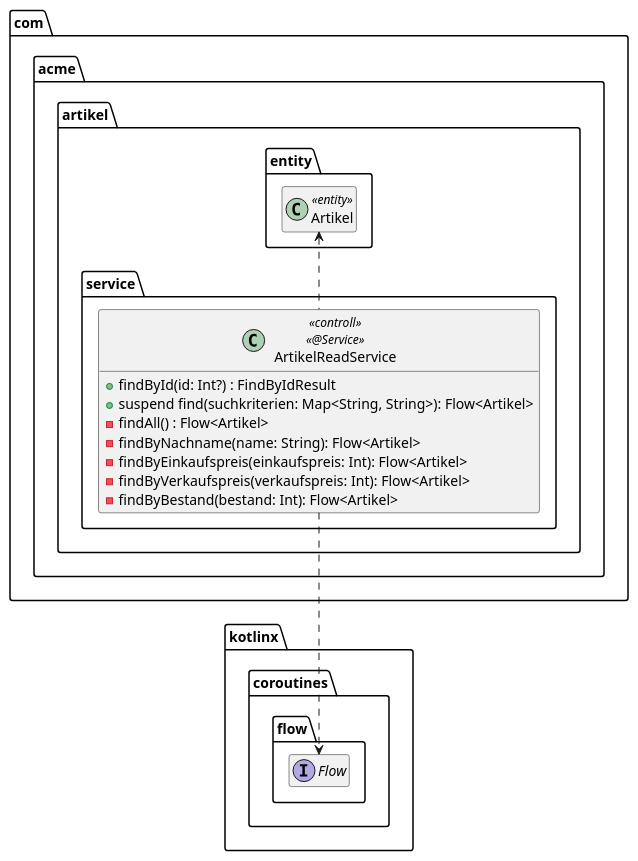
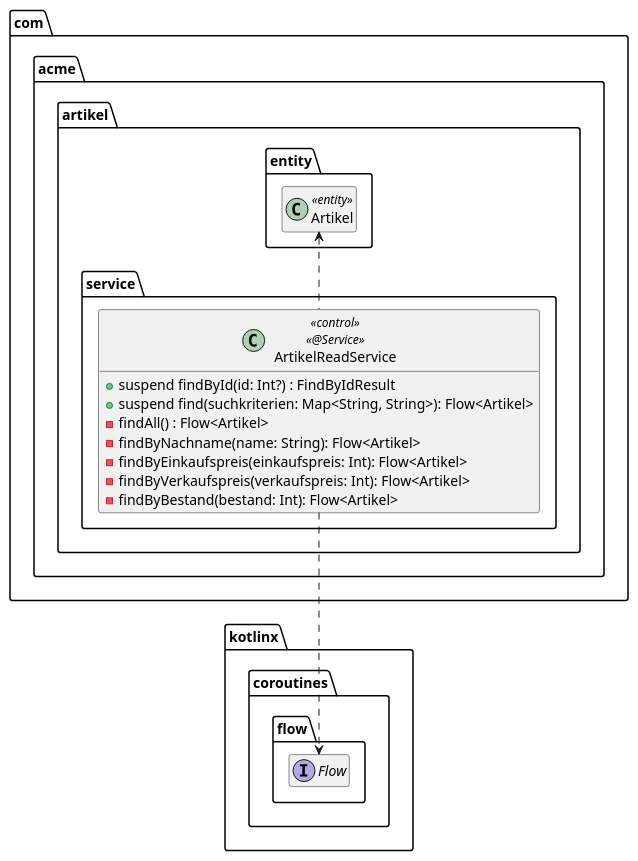
One commit to AlexanderStecknitz/Softwarearchitektur-Springframework changed the diagram in extras/doc/ArtikelReadService.puml. Above: the diagram before and after it, drawn with PlantUML. The commit also changed 9 other files, not shown here.

```diff
--- a/extras/doc/ArtikelReadService.puml
+++ b/extras/doc/ArtikelReadService.puml
@@ -1,30 +1,27 @@
 @startuml
-'https://plantuml.com/class-diagram
-
 package kotlinx.coroutines.flow {
     interface Flow
 }
 
 package com.acme.artikel {
     package entity {
         class Artikel << entity >>
     }
 
     package service {
-        class ArtikelReadService << controll >> << @Service >> {
-            + findById(id: Int?) : FindByIdResult
+        class ArtikelReadService << control >> << @Service >> {
+            + suspend findById(id: Int?) : FindByIdResult
             + suspend find(suchkriterien: Map<String, String>): Flow<Artikel>
             - findAll() : Flow<Artikel>
             - findByNachname(name: String): Flow<Artikel>
             - findByEinkaufspreis(einkaufspreis: Int): Flow<Artikel>
             - findByVerkaufspreis(verkaufspreis: Int): Flow<Artikel>
             - findByBestand(bestand: Int): Flow<Artikel>
         }
 
         ArtikelReadService .up.> Artikel
         ArtikelReadService ..> Flow
     }
 }
-
 hide empty members
 @enduml
```
